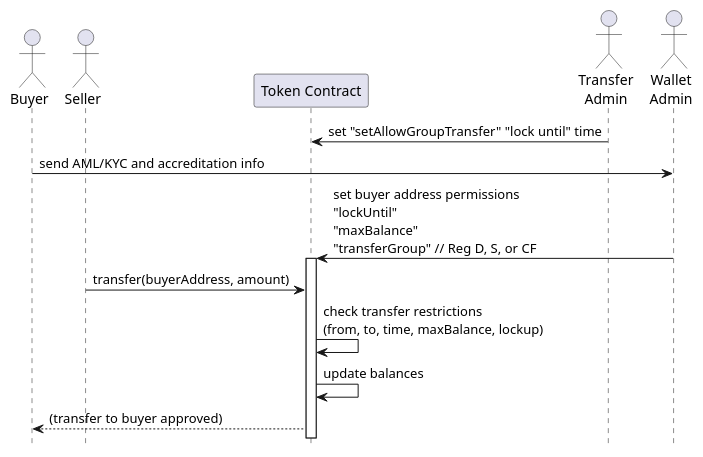
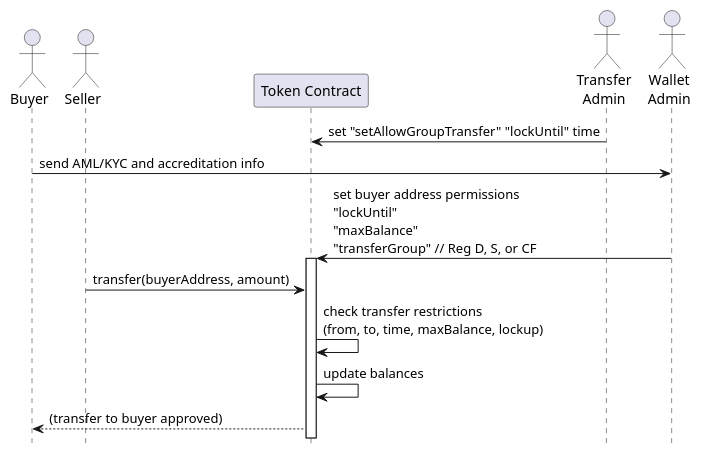
One commit to CoMakery/algorand-security-token changed the first of 2 diagrams in diagrams/diagrams.md. Above: the diagram before and after it, drawn with PlantUML. The commit also changed 6 other files, not shown here.

Commit message:
Rename "lock until" to "lockUntil"

````diff
--- a/diagrams/diagrams.md
+++ b/diagrams/diagrams.md
@@ -1,19 +1,19 @@
 ```plantuml
 @startuml basic-issuance
 actor "Buyer" as Buyer
 actor "Seller" as Seller
 participant "Token Contract" as Token
 actor "Transfer\nAdmin" as TAdmin
 actor "Wallet\nAdmin" as WAdmin
 
-TAdmin -> Token: set "setAllowGroupTransfer" "lock until" time
+TAdmin -> Token: set "setAllowGroupTransfer" "lockUntil" time
 Buyer -> WAdmin: send AML/KYC and accreditation info
 WAdmin -> Token: set buyer address permissions\n"lockUntil"\n"maxBalance"\n"transferGroup" // Reg D, S, or CF
 activate Token
 Seller -> Token: transfer(buyerAddress, amount)
 Token -> Token: check transfer restrictions\n(from, to, time, maxBalance, lockup)
 Token -> Token: update balances
 Token --> Buyer: (transfer to buyer approved)
 hide footbox
 @enduml
 ```
````
